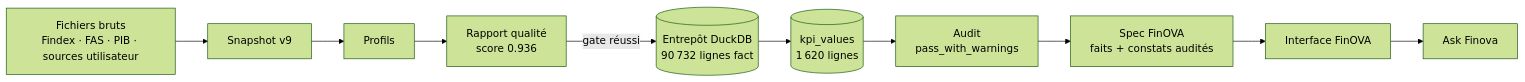
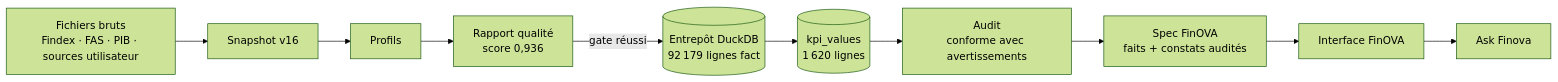
One commit to khalilbenyoussef/data-science-project changed the third of 3 diagrams in docs/deliverables/ARCHITECTURE.md. Above: the diagram before and after it, drawn with Mermaid (forest theme). The commit also changed other lines of this file and 5 other files, not shown here.

````diff
--- a/docs/deliverables/ARCHITECTURE.md
+++ b/docs/deliverables/ARCHITECTURE.md
@@ -108,10 +109,10 @@
 ```mermaid
 flowchart LR
-  RAW["Fichiers bruts<br/>Findex · FAS · PIB · sources utilisateur"] --> SNAP["Snapshot v9"]
-  SNAP --> PROF[Profils] --> QUAL["Rapport qualité<br/>score 0.936"]
-  QUAL -->|gate réussi| DW[("Entrepôt DuckDB<br/>90 732 lignes fact")]
+  RAW["Fichiers bruts<br/>Findex · FAS · PIB · sources utilisateur"] --> SNAP["Snapshot v16"]
+  SNAP --> PROF[Profils] --> QUAL["Rapport qualité<br/>score 0,936"]
+  QUAL -->|gate réussi| DW[("Entrepôt DuckDB<br/>92 179 lignes fact")]
   DW --> KPI[("kpi_values<br/>1 620 lignes")]
-  KPI --> AUD["Audit<br/>pass_with_warnings"]
+  KPI --> AUD["Audit<br/>conforme avec avertissements"]
   AUD --> SPEC["Spec FinOVA<br/>faits + constats audités"]
   SPEC --> UI[Interface FinOVA] --> ASK[Ask Finova]
 ```
````
